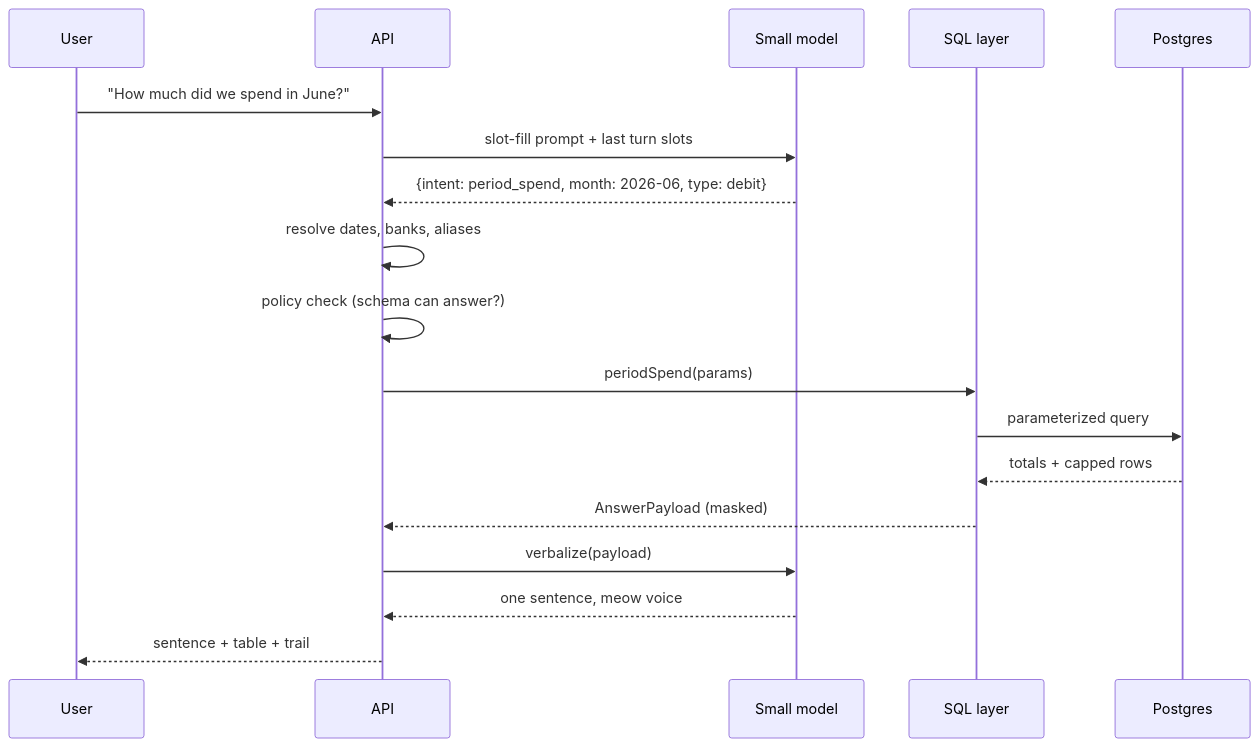
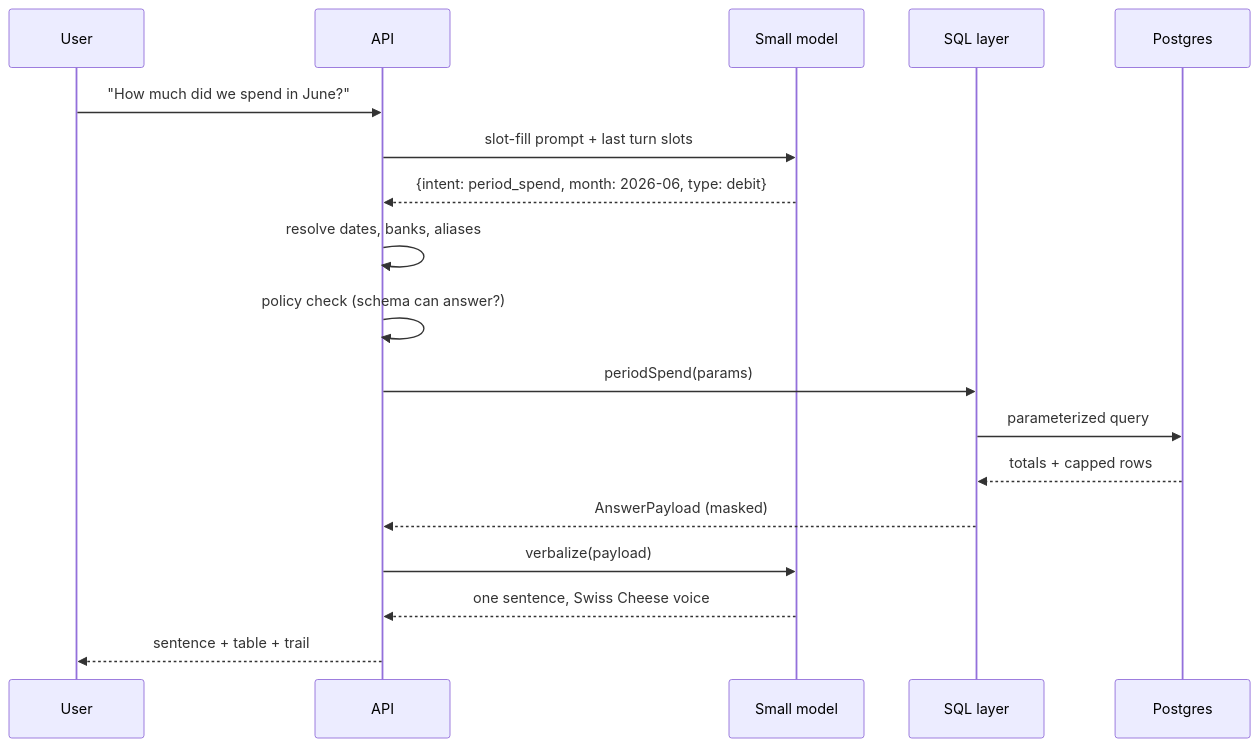
Before and after one commit to Ranjeetkhichar/fintechai: the second of 3 diagrams in docs/ARCHITECTURE.md, drawn with Mermaid. The commit also changed other lines of this file and 86 other files, not shown here.

Commit message:
feat: the first architecture implementation

````diff
--- a/docs/ARCHITECTURE.md
+++ b/docs/ARCHITECTURE.md
@@ -43,21 +43,21 @@
 ```mermaid
 sequenceDiagram
     participant U as User
     participant API as API
     participant LLM as Small model
     participant SQL as SQL layer
     participant DB as Postgres
 
     U->>API: "How much did we spend in June?"
     API->>LLM: slot-fill prompt + last turn slots
     LLM-->>API: {intent: period_spend, month: 2026-06, type: debit}
     API->>API: resolve dates, banks, aliases
     API->>API: policy check (schema can answer?)
     API->>SQL: periodSpend(params)
     SQL->>DB: parameterized query
     DB-->>SQL: totals + capped rows
     SQL-->>API: AnswerPayload (masked)
     API->>LLM: verbalize(payload)
-    LLM-->>API: one sentence, meow voice
+    LLM-->>API: one sentence, Swiss Cheese voice
     API-->>U: sentence + table + trail
 ```
````
